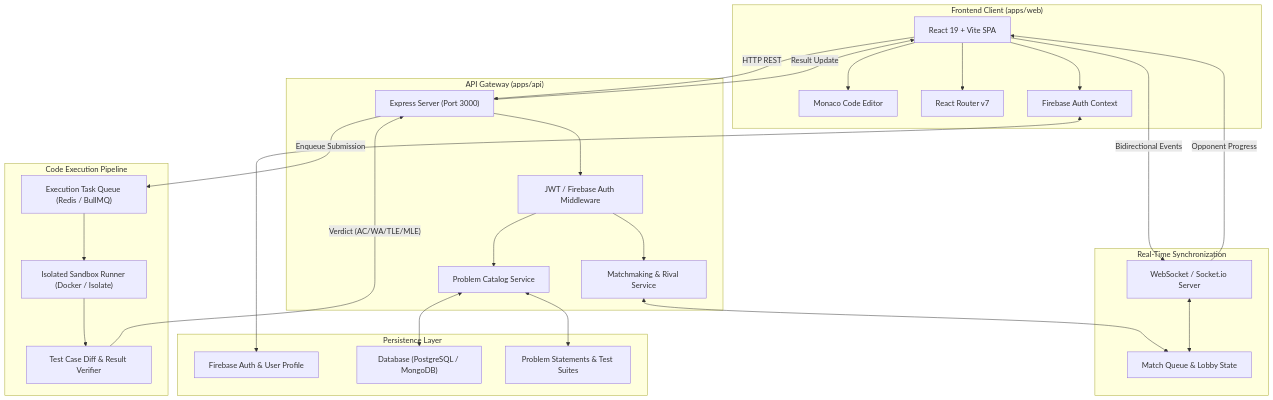
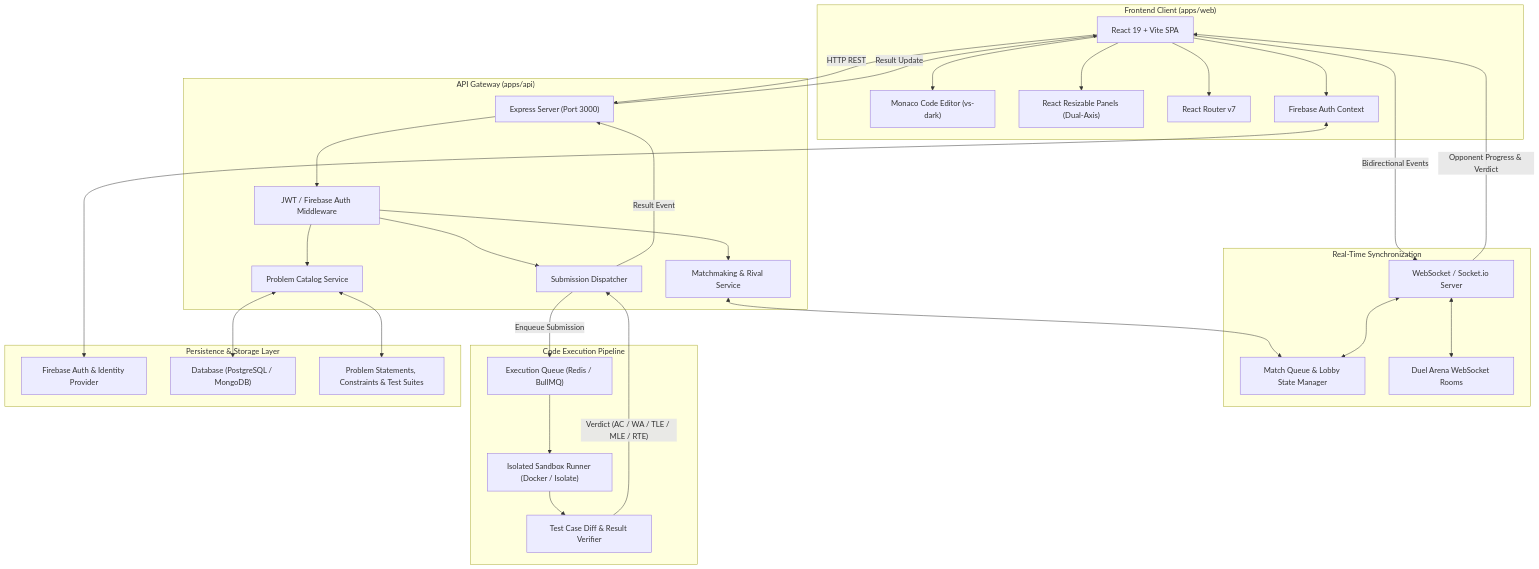
One commit to Riad-Zz/BrackeT changed the first of 3 diagrams in design.md. Above: the diagram before and after it, drawn with Mermaid. The commit also changed other lines of this file, not shown here.

Commit message:
docs(design): expand system architecture, coding arena specifications, and about page design

````diff
--- a/design.md
+++ b/design.md
@@ -40,57 +68,64 @@
 ```mermaid
 flowchart TB
     subgraph Client["Frontend Client (apps/web)"]
         UI["React 19 + Vite SPA"]
-        Monaco["Monaco Code Editor"]
+        Monaco["Monaco Code Editor (vs-dark)"]
+        Panels["React Resizable Panels (Dual-Axis)"]
         Router["React Router v7"]
         AuthCtx["Firebase Auth Context"]
     end
 
     subgraph Gateway["API Gateway (apps/api)"]
         Express["Express Server (Port 3000)"]
         AuthMiddleware["JWT / Firebase Auth Middleware"]
         ProblemService["Problem Catalog Service"]
         MatchService["Matchmaking & Rival Service"]
+        SubmissionService["Submission Dispatcher"]
     end
 
     subgraph RealTime["Real-Time Synchronization"]
         WS["WebSocket / Socket.io Server"]
-        Lobby["Match Queue & Lobby State"]
+        Lobby["Match Queue & Lobby State Manager"]
+        Room["Duel Arena WebSocket Rooms"]
     end
 
     subgraph Judge["Code Execution Pipeline"]
-        Queue["Execution Task Queue (Redis / BullMQ)"]
+        Queue["Execution Queue (Redis / BullMQ)"]
         Worker["Isolated Sandbox Runner (Docker / Isolate)"]
         Verifier["Test Case Diff & Result Verifier"]
     end
 
-    subgraph Data["Persistence Layer"]
-        Firebase["Firebase Auth & User Profile"]
+    subgraph Data["Persistence & Storage Layer"]
+        Firebase["Firebase Auth & Identity Provider"]
         Database["Database (PostgreSQL / MongoDB)"]
-        ProblemsStore["Problem Statements & Test Suites"]
+        ProblemsStore["Problem Statements, Constraints & Test Suites"]
     end
 
     UI --> Router
     UI --> Monaco
+    UI --> Panels
     UI --> AuthCtx
     AuthCtx <--> Firebase
 
     UI -- HTTP REST --> Express
     UI -- Bidirectional Events --> WS
 
     Express --> AuthMiddleware
     AuthMiddleware --> ProblemService
     AuthMiddleware --> MatchService
+    AuthMiddleware --> SubmissionService
 
     ProblemService <--> Database
     ProblemService <--> ProblemsStore
     MatchService <--> Lobby
     WS <--> Lobby
+    WS <--> Room
 
-    Express -- Enqueue Submission --> Queue
+    SubmissionService -- Enqueue Submission --> Queue
     Queue --> Worker
     Worker --> Verifier
-    Verifier -- Verdict (AC/WA/TLE/MLE) --> Express
+    Verifier -- Verdict (AC / WA / TLE / MLE / RTE) --> SubmissionService
+    SubmissionService -- Result Event --> Express
     Express -- Result Update --> UI
-    WS -- Opponent Progress --> UI
+    WS -- Opponent Progress & Verdict --> UI
 ```
````
